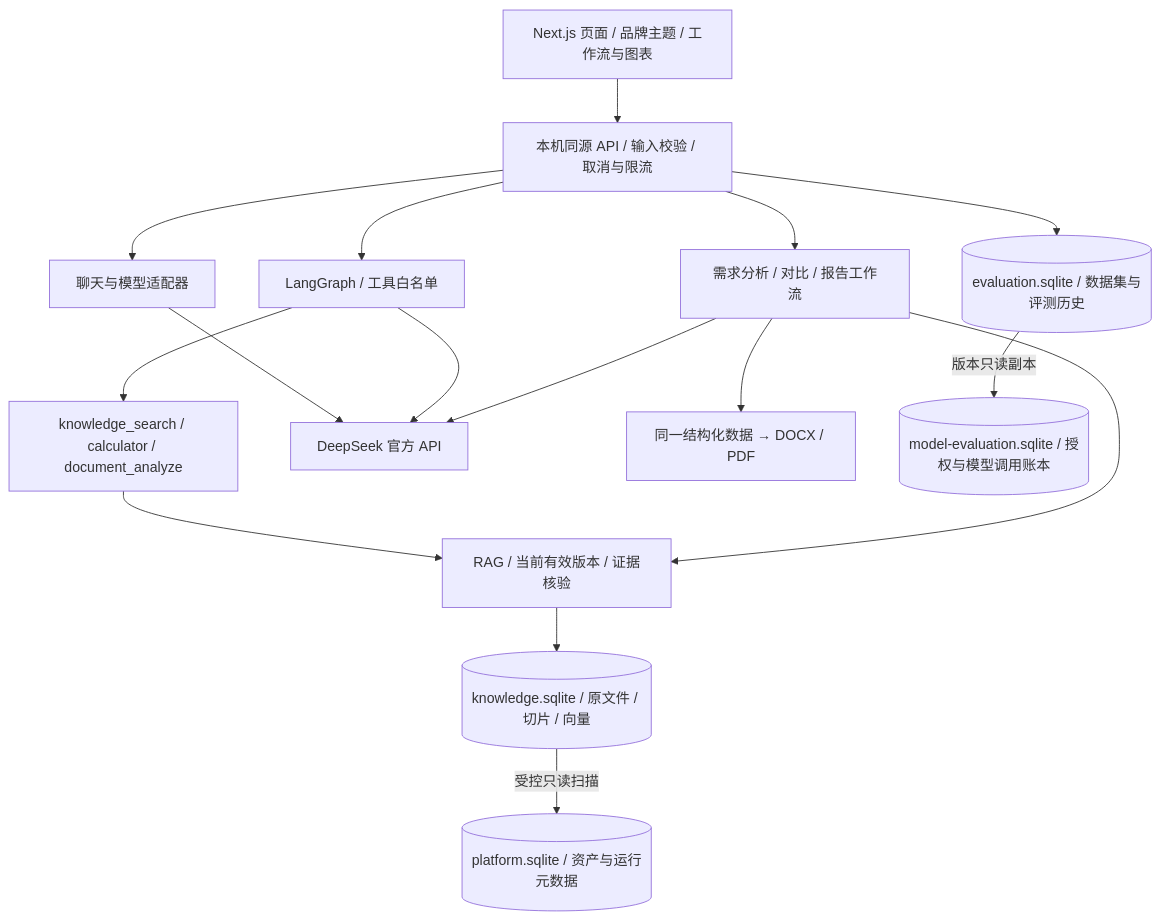
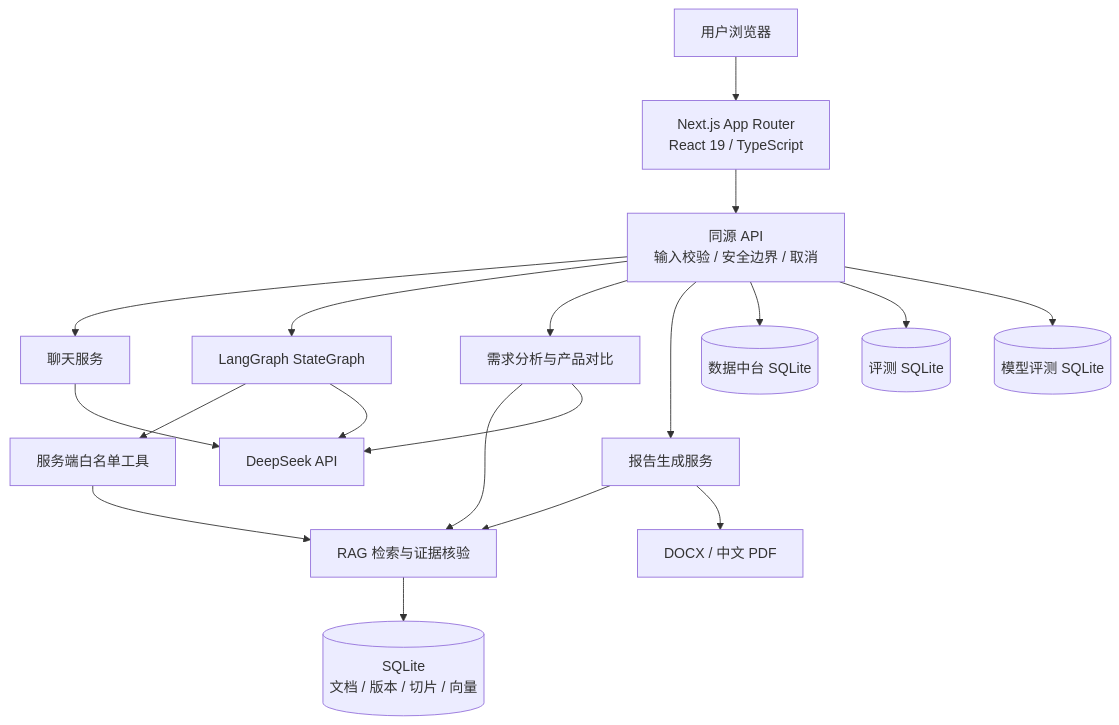
One commit to liutaowen9-beep/xiaoren-er-insurance changed the second of 3 diagrams in README.md. Above: the diagram before and after it, drawn with Mermaid. The commit also changed other lines of this file, not shown here.

````diff
--- a/README.md
+++ b/README.md
@@ -47,18 +91,24 @@
 ```mermaid
 flowchart TB
-  UI[Next.js 页面 / 品牌主题 / 工作流与图表] --> API[本机同源 API / 输入校验 / 取消与限流]
-  API --> CHAT[聊天与模型适配器]
-  API --> AGENT[LangGraph / 工具白名单]
-  API --> REPORT[需求分析 / 对比 / 报告工作流]
-  AGENT --> TOOLS[knowledge_search / calculator / document_analyze]
-  TOOLS --> RAG[RAG / 当前有效版本 / 证据核验]
-  REPORT --> RAG
-  RAG --> KB[(knowledge.sqlite / 原文件 / 切片 / 向量)]
-  CHAT --> MODEL[DeepSeek 官方 API]
-  AGENT --> MODEL
-  REPORT --> MODEL
-  REPORT --> EXPORT[同一结构化数据 → DOCX / PDF]
-  KB -->|受控只读扫描| DATA[(platform.sqlite / 资产与运行元数据)]
-  API --> EVAL[(evaluation.sqlite / 数据集与评测历史)]
-  EVAL -->|版本只读副本| LIVE[(model-evaluation.sqlite / 授权与模型调用账本)]
+    USER[用户浏览器] --> UI[Next.js App Router<br/>React 19 / TypeScript]
+    UI --> API[同源 API<br/>输入校验 / 安全边界 / 取消]
+    API --> CHAT[聊天服务]
+    API --> GRAPH[LangGraph StateGraph]
+    API --> ANALYSIS[需求分析与产品对比]
+    API --> REPORT[报告生成服务]
+
+    GRAPH --> TOOLS[服务端白名单工具]
+    TOOLS --> RAG[RAG 检索与证据核验]
+    ANALYSIS --> RAG
+    REPORT --> RAG
+
+    RAG --> KB[(SQLite<br/>文档 / 版本 / 切片 / 向量)]
+    CHAT --> LLM[DeepSeek API]
+    GRAPH --> LLM
+    ANALYSIS --> LLM
+    REPORT --> EXPORT[DOCX / 中文 PDF]
+
+    API --> DATA[(数据中台 SQLite)]
+    API --> EVAL[(评测 SQLite)]
+    API --> MODEL_EVAL[(模型评测 SQLite)]
 ```
````
